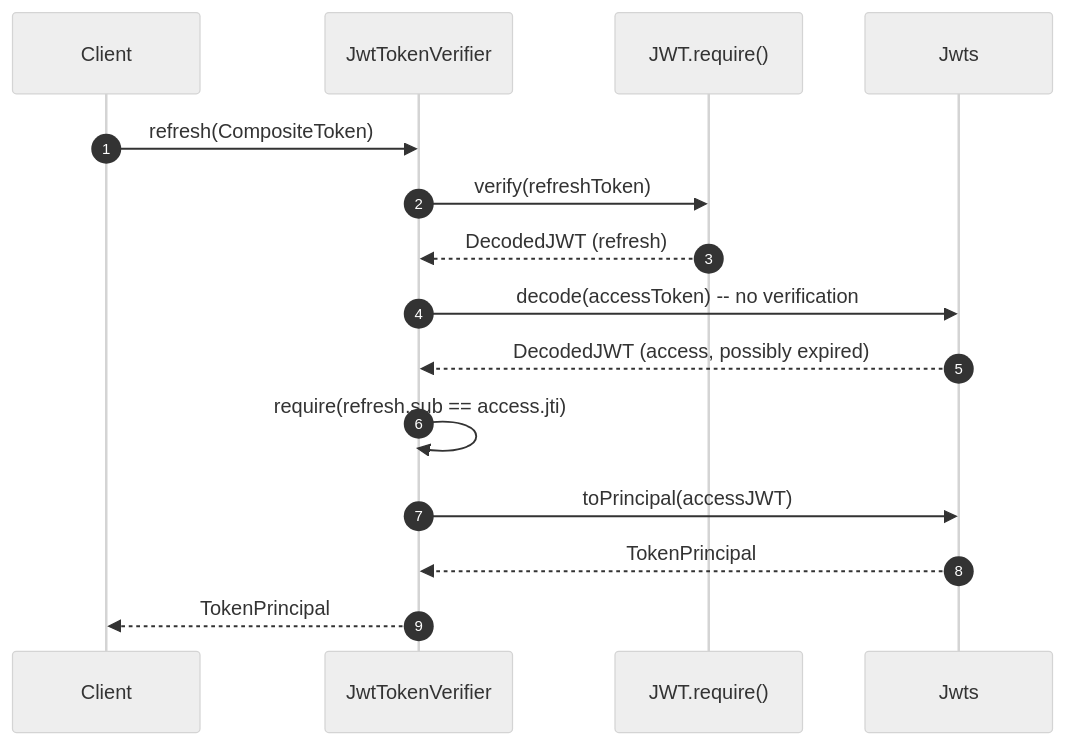
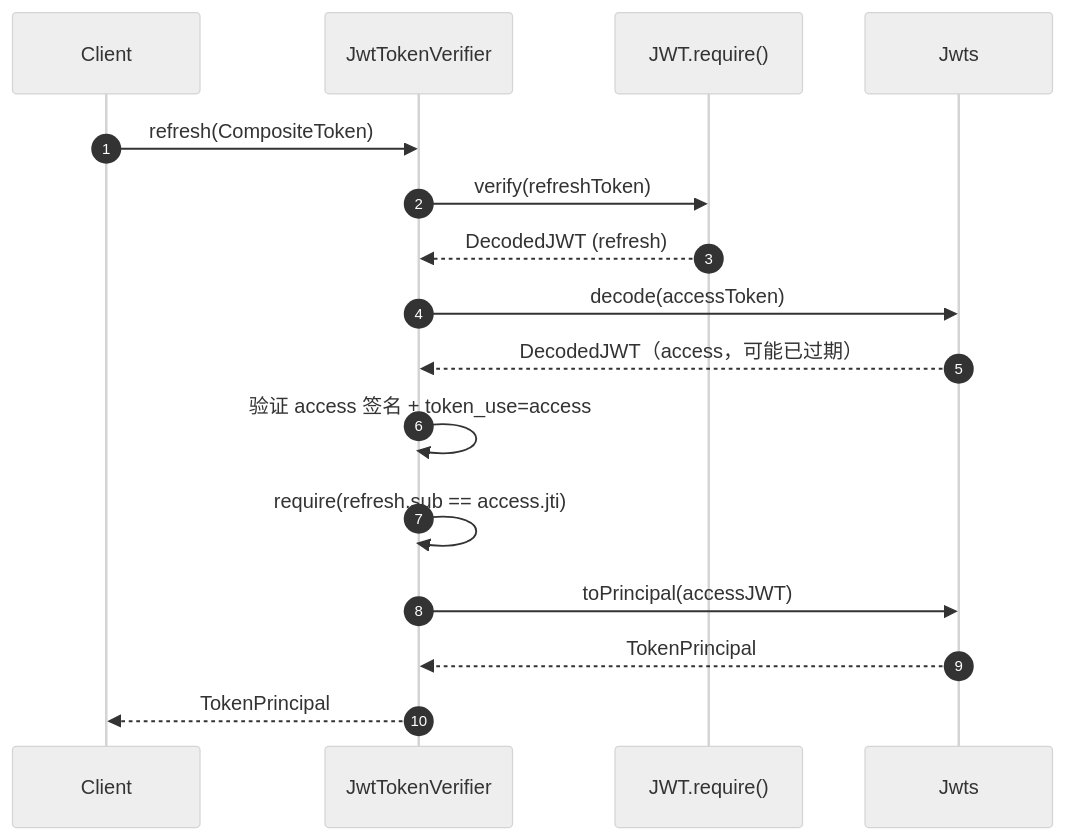
The third of 3 diagrams in wiki/zh/deep-dive/authentication/jwt-integration.md (Ahoo-Wang/CoSec), drawn with Mermaid (neutral theme) before and after one commit. The commit also changed other lines of this file and 43 other files, not shown here.

````diff
--- a/wiki/zh/deep-dive/authentication/jwt-integration.md
+++ b/wiki/zh/deep-dive/authentication/jwt-integration.md
@@ -166,19 +171,20 @@
 ```mermaid
 sequenceDiagram
     autonumber
     participant Client
     participant Verifier as JwtTokenVerifier
     participant JWT as JWT.require()
     participant Jwts as Jwts
 
     Client->>Verifier: refresh(CompositeToken)
     Verifier->>JWT: verify(refreshToken)
     JWT-->>Verifier: DecodedJWT (refresh)
-    Verifier->>Jwts: decode(accessToken) -- no verification
-    Jwts-->>Verifier: DecodedJWT (access, possibly expired)
+    Verifier->>Jwts: decode(accessToken)
+    Jwts-->>Verifier: DecodedJWT（access，可能已过期）
+    Verifier->>Verifier: 验证 access 签名 + token_use=access
     Verifier->>Verifier: require(refresh.sub == access.jti)
     Verifier->>Jwts: toPrincipal(accessJWT)
     Jwts-->>Verifier: TokenPrincipal
     Verifier-->>Client: TokenPrincipal
 
 ```
````
